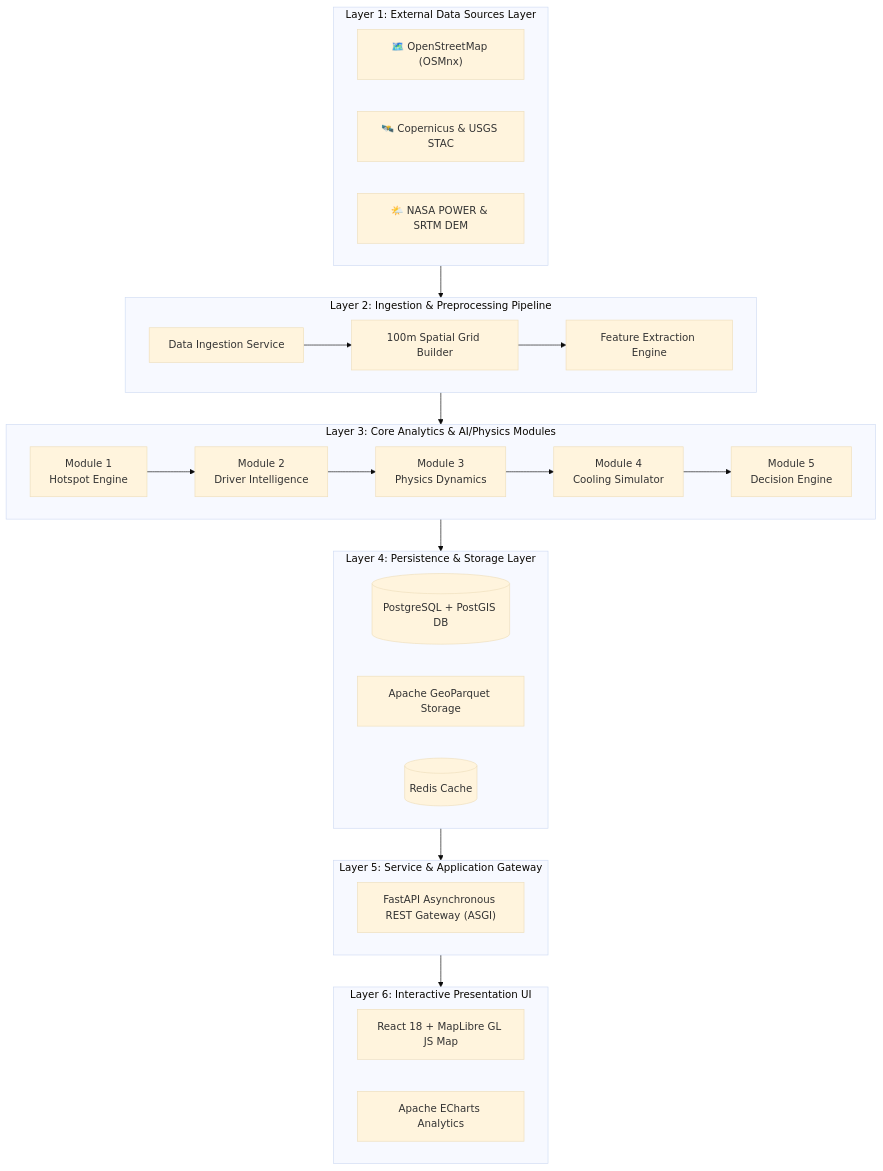
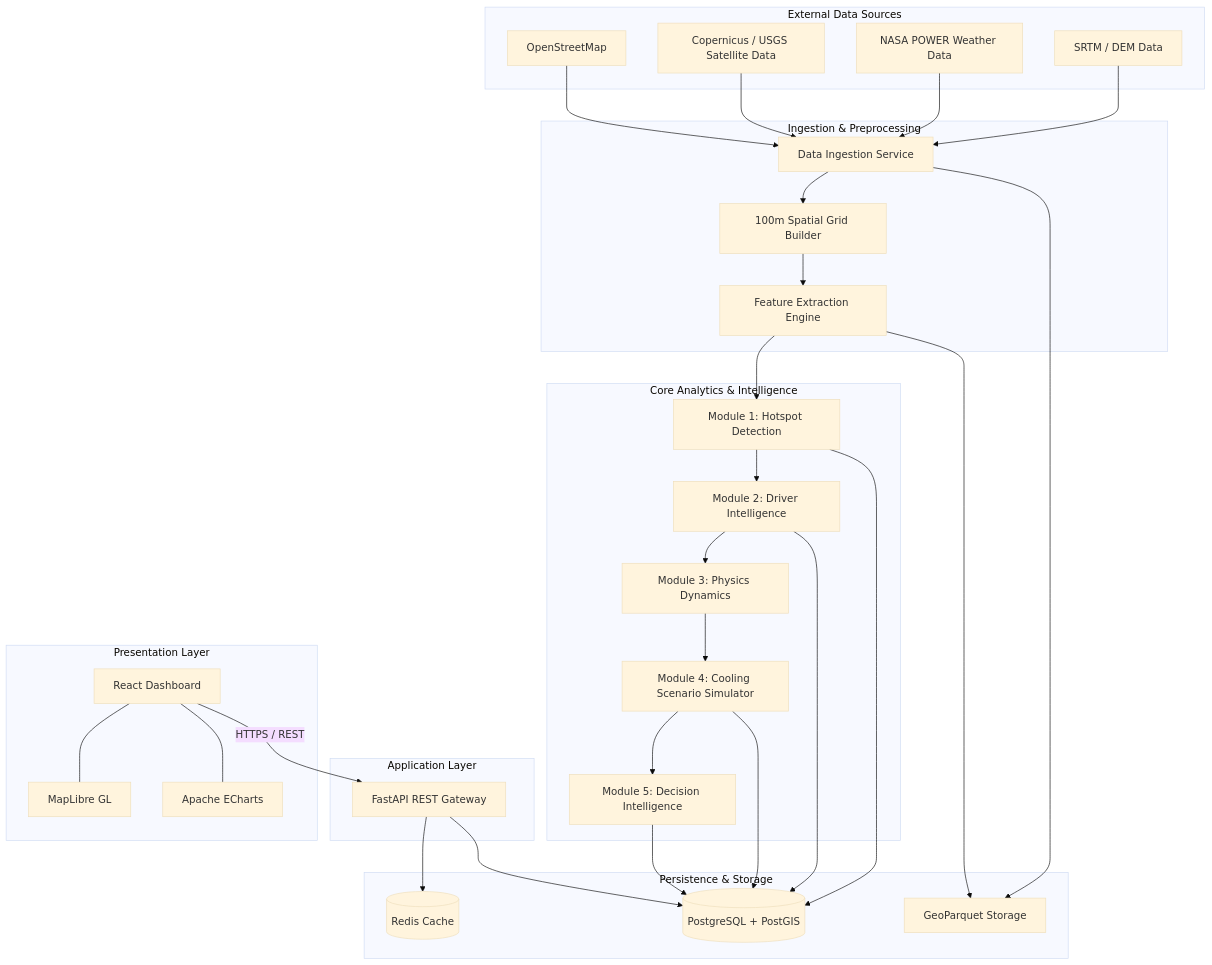
Before and after one commit to Joel-Masilamani/Boreas_Nexus: the eighth of 8 diagrams in README.md, drawn with Mermaid (base theme). The commit also changed other lines of this file, not shown here.

First line of the commit message:
Update README with new EER diagram and SQL changes

````diff
--- a/README.md
+++ b/README.md
@@ -992,42 +1175,101 @@
 ```mermaid
-flowchart TD
-    subgraph L1["Layer 1: External Data Sources Layer"]
-        direction LR
-        OSM["🗺️ OpenStreetMap (OSMnx)"]
-        SatData["🛰️ Copernicus & USGS STAC"]
-        MeteoElev["🌤️ NASA POWER & SRTM DEM"]
+flowchart TB
+
+    %% =========================
+    %% EXTERNAL DATA SOURCES
+    %% =========================
+    subgraph External["External Data Sources"]
+        OSM["OpenStreetMap"]
+        SAT["Copernicus / USGS Satellite Data"]
+        WEATHER["NASA POWER Weather Data"]
+        DEM["SRTM / DEM Data"]
     end
 
-    subgraph L2["Layer 2: Ingestion & Preprocessing Pipeline"]
-        direction LR
-        IngestService["Data Ingestion Service"] --> GridBuilder["100m Spatial Grid Builder"] --> FeatureExtractor["Feature Extraction Engine"]
+    %% =========================
+    %% INGESTION & PREPROCESSING
+    %% =========================
+    subgraph Processing["Ingestion & Preprocessing"]
+        INGEST["Data Ingestion Service"]
+        GRID["100m Spatial Grid Builder"]
+        FEATURES["Feature Extraction Engine"]
+
+        INGEST --> GRID
+        GRID --> FEATURES
     end
 
-    subgraph L3["Layer 3: Core Analytics & AI/Physics Modules"]
-        direction LR
-        Mod1["Module 1<br>Hotspot Engine"] --> Mod2["Module 2<br>Driver Intelligence"] --> Mod3["Module 3<br>Physics Dynamics"] --> Mod4["Module 4<br>Cooling Simulator"] --> Mod5["Module 5<br>Decision Engine"]
+    %% =========================
+    %% CORE ANALYTICS
+    %% =========================
+    subgraph Analytics["Core Analytics & Intelligence"]
+        M1["Module 1: Hotspot Detection"]
+        M2["Module 2: Driver Intelligence"]
+        M3["Module 3: Physics Dynamics"]
+        M4["Module 4: Cooling Scenario Simulator"]
+        M5["Module 5: Decision Intelligence"]
+
+        M1 --> M2
+        M2 --> M3
+        M3 --> M4
+        M4 --> M5
     end
 
-    subgraph L4["Layer 4: Persistence & Storage Layer"]
-        direction LR
-        PostGIS[("PostgreSQL + PostGIS DB")]
-        ParquetStore["Apache GeoParquet Storage"]
-        RedisCache[("Redis Cache")]
+    %% =========================
+    %% STORAGE
+    %% =========================
+    subgraph Storage["Persistence & Storage"]
+        DB[("PostgreSQL + PostGIS")]
+        PARQUET["GeoParquet Storage"]
+        REDIS[("Redis Cache")]
     end
 
-    subgraph L5["Layer 5: Service & Application Gateway"]
-        FastAPI["FastAPI Asynchronous REST Gateway (ASGI)"]
+    %% =========================
+    %% APPLICATION
+    %% =========================
+    subgraph Application["Application Layer"]
+        API["FastAPI REST Gateway"]
     end
 
-    subgraph L6["Layer 6: Interactive Presentation UI"]
-        direction LR
-        ReactUI["React 18 + MapLibre GL JS Map"]
-        ECharts["Apache ECharts Analytics"]
+    %% =========================
+    %% PRESENTATION
+    %% =========================
+    subgraph Presentation["Presentation Layer"]
+        UI["React Dashboard"]
+        MAP["MapLibre GL"]
+        CHARTS["Apache ECharts"]
+
+        UI --- MAP
+        UI --- CHARTS
     end
 
-    L1 --> L2
-    L2 --> L3
-    L3 --> L4
-    L4 --> L5
-    L5 --> L6
+    %% =========================
+    %% DATA FLOW
+    %% =========================
+    OSM --> INGEST
+    SAT --> INGEST
+    WEATHER --> INGEST
+    DEM --> INGEST
+
+    FEATURES --> M1
+
+    %% =========================
+    %% ANALYTICS STORAGE
+    %% =========================
+    INGEST --> PARQUET
+    FEATURES --> PARQUET
+
+    M1 --> DB
+    M2 --> DB
+    M4 --> DB
+    M5 --> DB
+
+    %% =========================
+    %% APPLICATION ACCESS
+    %% =========================
+    API --> REDIS
+    API --> DB
+
+    %% =========================
+    %% FRONTEND / BACKEND
+    %% =========================
+    UI -->|HTTPS / REST| API
 ```
````
